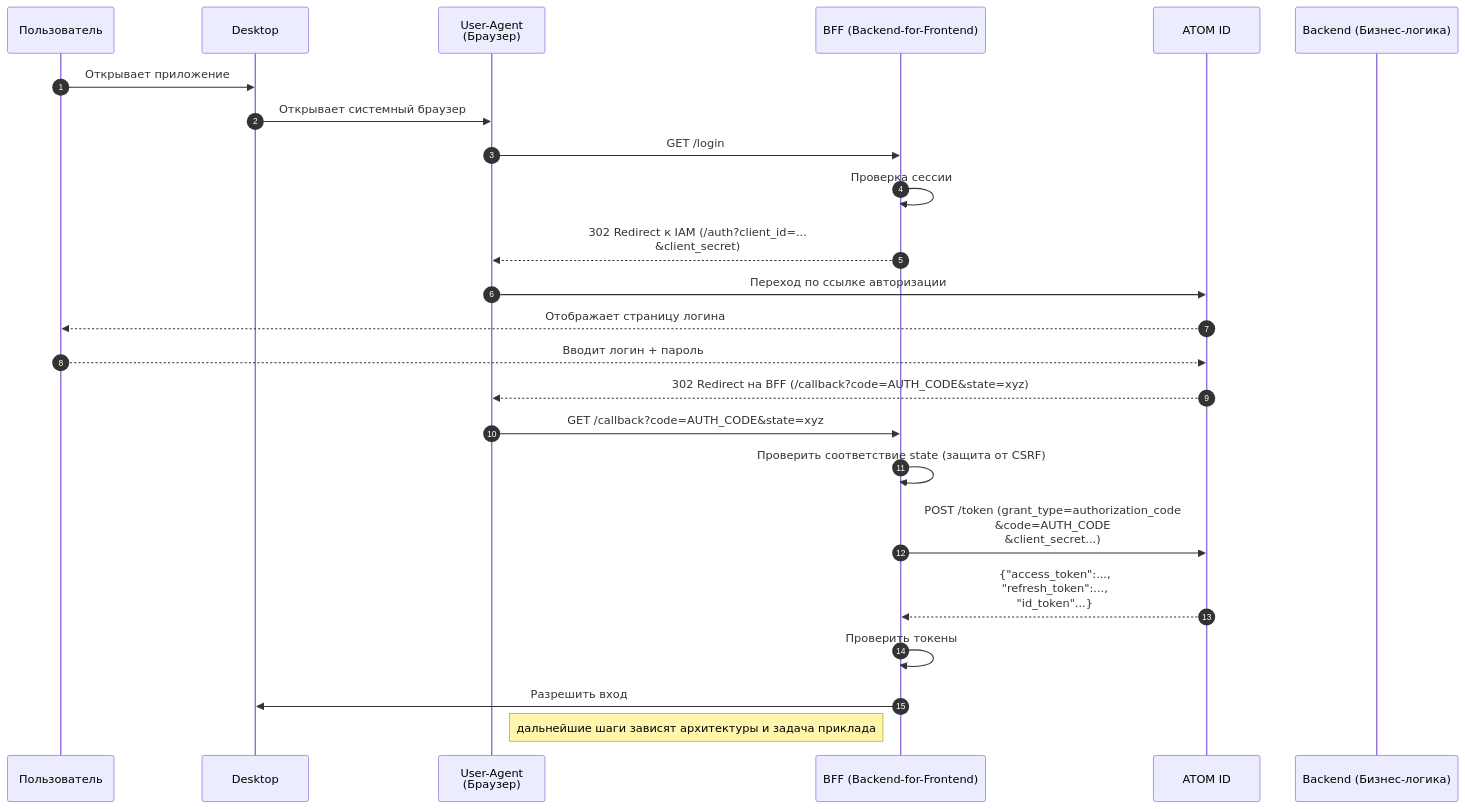
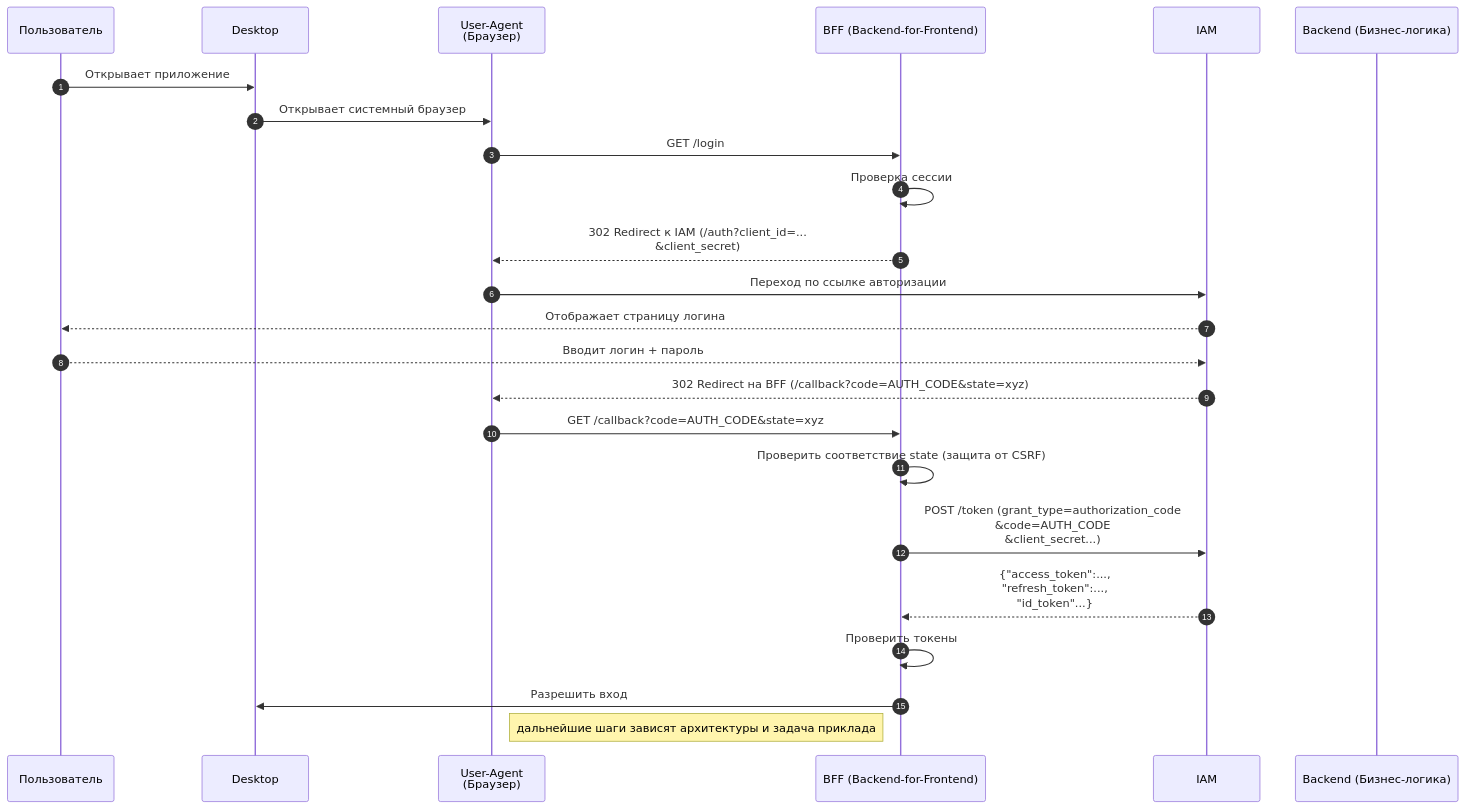
The diagram in AuthN/BFF.md (FIR-UIII/notes), drawn with Mermaid before and after one commit.

````diff
--- a/AuthN/BFF.md
+++ b/AuthN/BFF.md
@@ -1,33 +1,33 @@
 ```mermaid
 sequenceDiagram
 autonumber
     participant User as Пользователь
     participant Desktop
     participant UA as User-Agent<br>(Браузер)
     participant BFF as BFF (Backend-for-Frontend)
-    participant IAM as ATOM ID
+    participant IAM
     participant B as Backend (Бизнес-логика)
 
     %% 1. Инициация входа / проверка сессии
     User->>Desktop: Открывает приложение
     Desktop->>UA: Открывает системный браузер
     UA->>BFF: GET /login
     BFF->>BFF: Проверка сессии
     BFF-->>UA: 302 Redirect к IAM (/auth?client_id=...<br>&client_secret)
     UA->>IAM: Переход по ссылке авторизации
 
     %% 2. Аутентификация на стороне IAM
     IAM-->>User: Отображает страницу логина
     User-->>IAM: Вводит логин + пароль
     IAM-->>UA: 302 Redirect на BFF (/callback?code=AUTH_CODE&state=xyz)
 
     %% 3. Обработка Callback на BFF и обмен кода на токены
     UA->>BFF: GET /callback?code=AUTH_CODE&state=xyz
     BFF->>BFF: Проверить соответствие state (защита от CSRF)
     BFF->>IAM: POST /token (grant_type=authorization_code<br>&code=AUTH_CODE<br>&client_secret...)
     IAM-->>BFF: {"access_token":...,<br>"refresh_token":...,<br>"id_token"...}
     BFF->>BFF: Проверить токены
     BFF->>Desktop: Разрешить вход
     note right of UA: дальнейшие шаги зависят архитектуры и задача приклада
 
 ```
````
